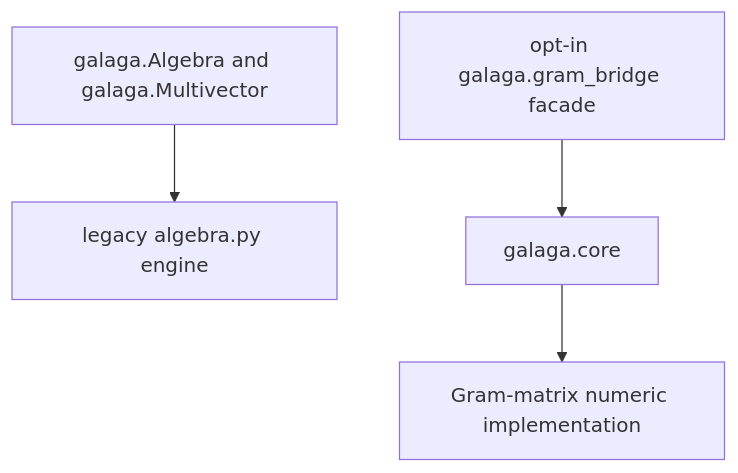
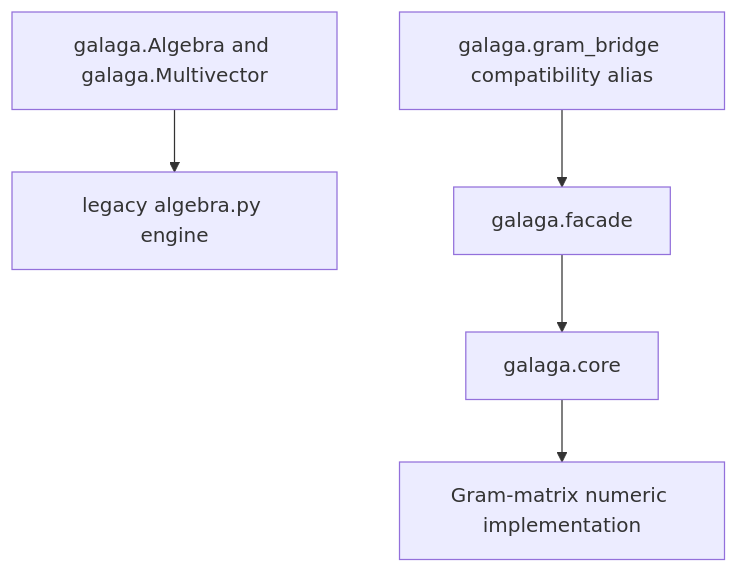
The first of 2 diagrams in docs/v2/core-cutover-plan.md (edouardp/galaga), drawn with Mermaid before and after one commit. The commit also changed other lines of this file and 20 other files, not shown here.

````diff
--- a/docs/v2/core-cutover-plan.md
+++ b/docs/v2/core-cutover-plan.md
@@ -23,6 +24,7 @@
 ```mermaid
 flowchart TD
     T[galaga.Algebra and galaga.Multivector] --> L[legacy algebra.py engine]
-    B[opt-in galaga.gram_bridge facade] --> C[galaga.core]
+    B[galaga.gram_bridge compatibility alias] --> F[galaga.facade]
+    F --> C[galaga.core]
     C --> G[Gram-matrix numeric implementation]
 ```
````
